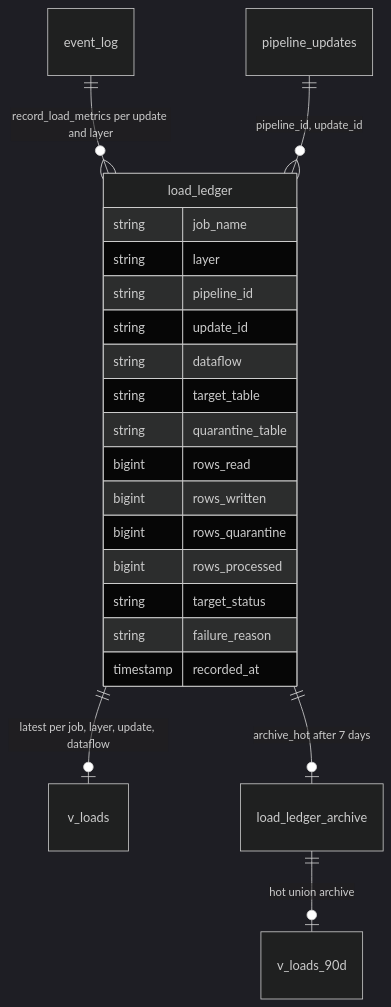
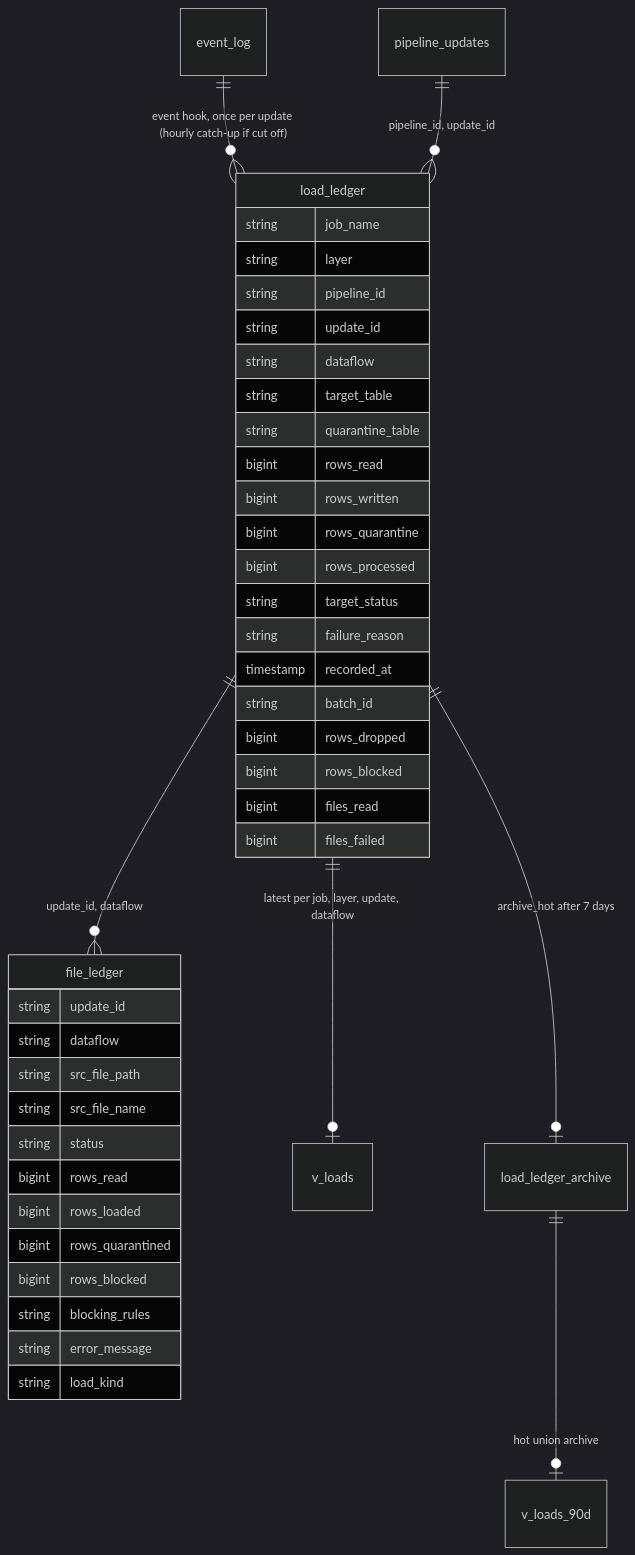
One commit to NitinKeshavB/framework changed the eighth of 9 diagrams in framework_docs/ARCHITECTURE.md. Above: the diagram before and after it, drawn with Mermaid (dark theme). The commit also changed other lines of this file and 42 other files, not shown here.

````diff
--- a/framework_docs/ARCHITECTURE.md
+++ b/framework_docs/ARCHITECTURE.md
@@ -326,24 +348,44 @@
 ```mermaid
 erDiagram
-  event_log ||--o{ load_ledger : "record_load_metrics per update and layer"
+  event_log ||--o{ load_ledger : "event hook, once per update (hourly catch-up if cut off)"
+  load_ledger ||--o{ file_ledger : "update_id, dataflow"
   load_ledger ||--o| v_loads : "latest per job, layer, update, dataflow"
   load_ledger ||--o| load_ledger_archive : "archive_hot after 7 days"
   load_ledger_archive ||--o| v_loads_90d : "hot union archive"
   pipeline_updates ||--o{ load_ledger : "pipeline_id, update_id"
   load_ledger {
     string job_name
     string layer
     string pipeline_id
     string update_id
     string dataflow
     string target_table
     string quarantine_table
     bigint rows_read
     bigint rows_written
     bigint rows_quarantine
     bigint rows_processed
     string target_status
     string failure_reason
     timestamp recorded_at
+    string batch_id
+    bigint rows_dropped
+    bigint rows_blocked
+    bigint files_read
+    bigint files_failed
+  }
+  file_ledger {
+    string update_id
+    string dataflow
+    string src_file_path
+    string src_file_name
+    string status
+    bigint rows_read
+    bigint rows_loaded
+    bigint rows_quarantined
+    bigint rows_blocked
+    string blocking_rules
+    string error_message
+    string load_kind
   }
 ```
````
